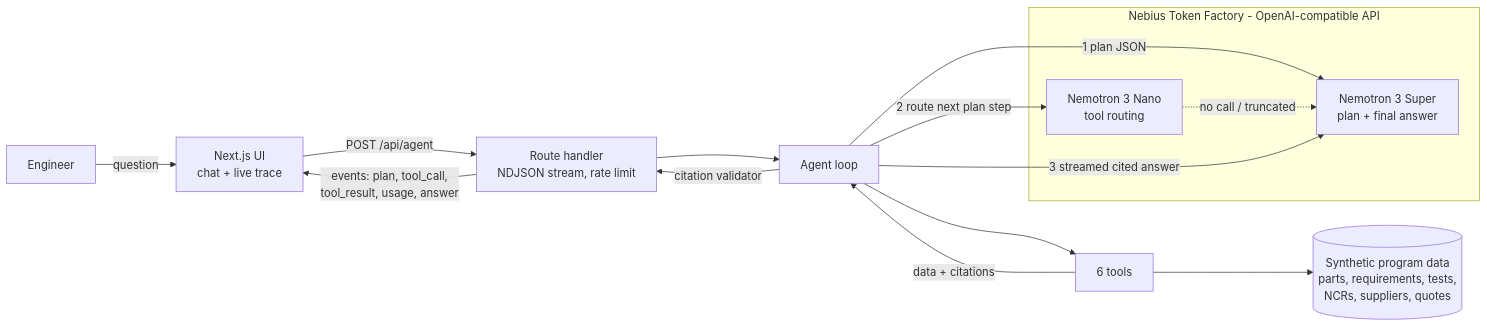
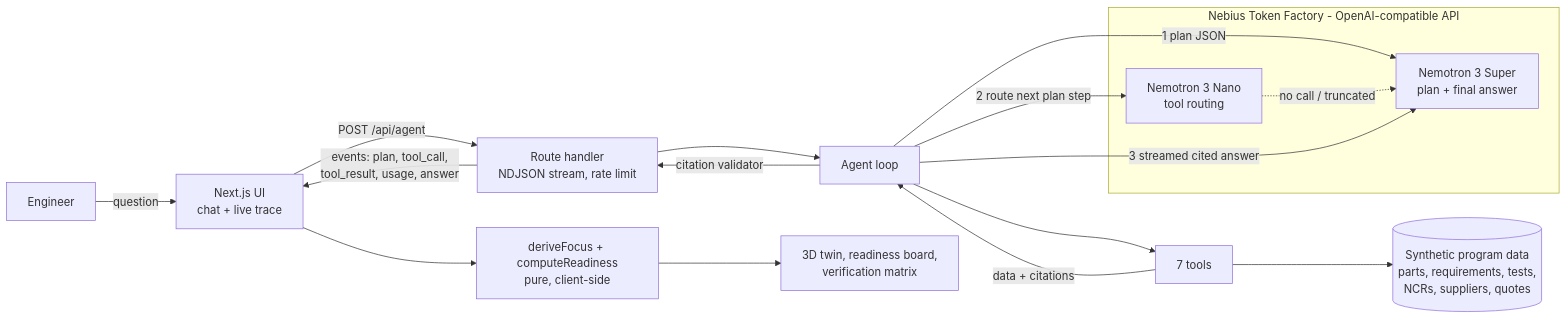
The diagram in README.md (geobond13/SpaceGrade-Orbital), drawn with Mermaid before and after one commit. The commit also changed other lines of this file and 10 other files, not shown here.

````diff
--- a/README.md
+++ b/README.md
@@ -29,22 +34,24 @@
 ```mermaid
 flowchart LR
   U[Engineer] -->|question| UI[Next.js UI<br/>chat + live trace]
   UI -->|POST /api/agent| R[Route handler<br/>NDJSON stream, rate limit]
   R --> L[Agent loop]
 
   subgraph TF[Nebius Token Factory - OpenAI-compatible API]
     S[Nemotron 3 Super<br/>plan + final answer]
     N[Nemotron 3 Nano<br/>tool routing]
   end
 
   L -->|1 plan JSON| S
   L -->|2 route next plan step| N
   N -.->|no call / truncated| S
   L -->|3 streamed cited answer| S
 
-  L --> T[6 tools]
+  L --> T[7 tools]
   T --> D[(Synthetic program data<br/>parts, requirements, tests,<br/>NCRs, suppliers, quotes)]
   T -->|data + citations| L
   L -->|citation validator| R
   R -->|events: plan, tool_call,<br/>tool_result, usage, answer| UI
+  UI --> F[deriveFocus + computeReadiness<br/>pure, client-side]
+  F --> TW[3D twin, readiness board,<br/>verification matrix]
 ```
````
